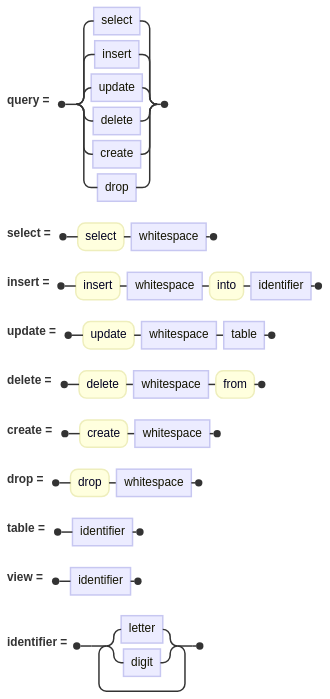
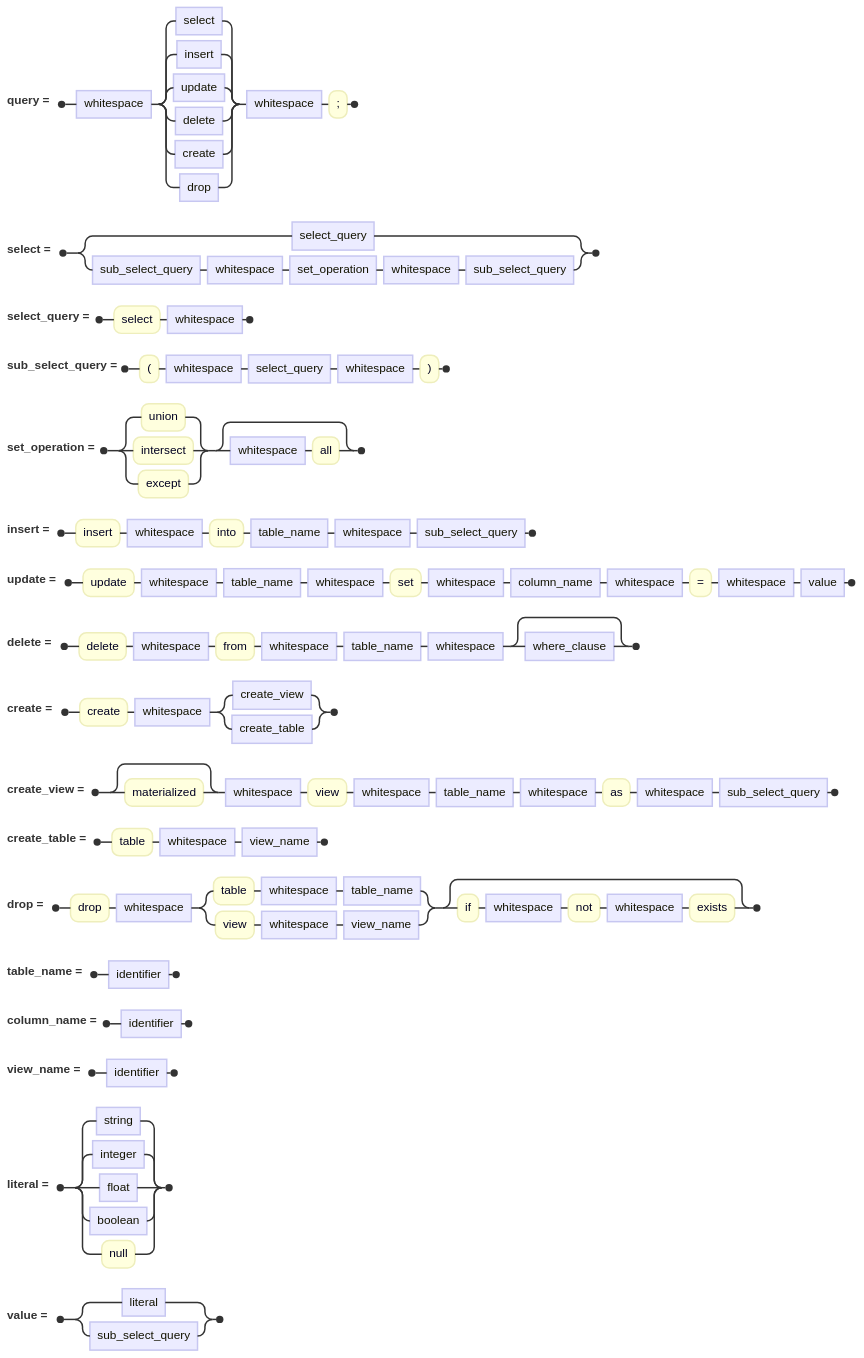
One commit to adityarao2005/database changed the diagram in docs/design/sql_query_parser.md. Above: the diagram before and after it, drawn with Mermaid.

Commit message:
docs: enhance SQL query grammar with detailed operations and subquery support

````diff
--- a/docs/design/sql_query_parser.md
+++ b/docs/design/sql_query_parser.md
@@ -176,17 +176,30 @@
 ```mermaid
 railroad-ebnf-beta
     title Expression Grammar
 
-    query = select | insert | update | delete | create | drop;
-    select = "select" whitespace ;
-    insert = "insert" whitespace "into" identifier;
-    update = "update" whitespace table;
-    delete = "delete" whitespace "from";
-    create = "create" whitespace;
+    query = whitespace (select | insert | update | delete | create | drop) whitespace ";";
+    
+    select = select_query | sub_select_query whitespace set_operation whitespace sub_select_query;
+    select_query = "select" whitespace ;
+    sub_select_query = "(" whitespace select_query whitespace ")";
+    set_operation = ("union" | "intersect" | "except") (whitespace "all")?;
 
-    drop = "drop" whitespace;
+    insert = "insert" whitespace "into" table_name whitespace sub_select_query;
 
-    table = identifier;
-    view = identifier;
-    identifier = ( letter | digit )+;
+    update = "update" whitespace table_name whitespace "set" whitespace column_name whitespace "=" whitespace value;
+
+    delete = "delete" whitespace "from" whitespace table_name whitespace where_clause?;
+
+    create = "create" whitespace (create_view | create_table);
+    create_view = "materialized"? whitespace "view" whitespace table_name whitespace "as" whitespace sub_select_query;
+    create_table = "table" whitespace view_name;
+
+    drop = "drop" whitespace ("table" whitespace table_name | "view" whitespace view_name) ("if" whitespace "not" whitespace "exists")?;
+
+    table_name = identifier;
+    column_name = identifier;
+    view_name = identifier;
+    
+    literal = string | integer | float | boolean | "null";
+    value = literal | sub_select_query;
 ```
````
